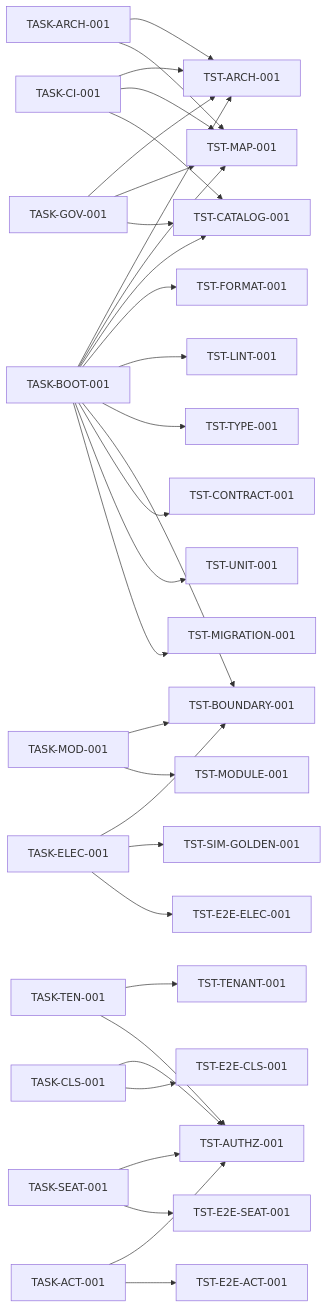
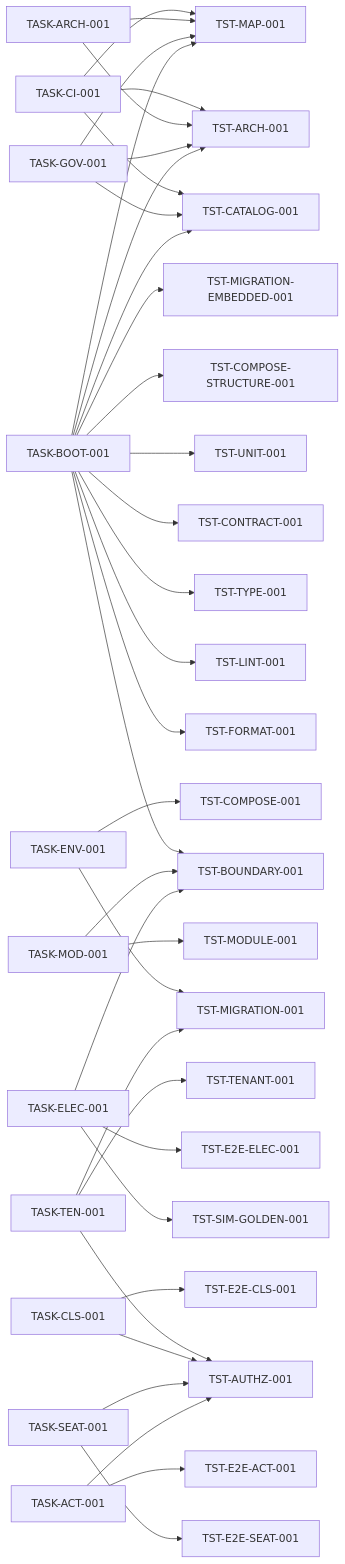
The third of 3 diagrams in docs/project-map/QUALITY_MAP.md (spikeal8-maker/asa-lab), drawn with Mermaid before and after one commit. The commit also changed 6 other files, not shown here.

````diff
--- a/docs/project-map/QUALITY_MAP.md
+++ b/docs/project-map/QUALITY_MAP.md
@@ -61,66 +61,75 @@
 ```mermaid
 flowchart LR
     CI[TASK-CI-001]
     ARCH[TASK-ARCH-001]
     GOV[TASK-GOV-001]
     BOOT[TASK-BOOT-001]
+    ENV[TASK-ENV-001]
     TEN[TASK-TEN-001]
     CLS[TASK-CLS-001]
     SEAT[TASK-SEAT-001]
     MOD[TASK-MOD-001]
     ACT[TASK-ACT-001]
     ELEC[TASK-ELEC-001]
 
     A1[TST-ARCH-001]
     M1[TST-MAP-001]
     C1[TST-CATALOG-001]
     F1[TST-FORMAT-001]
     L1[TST-LINT-001]
     TY1[TST-TYPE-001]
     B1[TST-BOUNDARY-001]
     CT1[TST-CONTRACT-001]
     U1[TST-UNIT-001]
+    CS1[TST-COMPOSE-STRUCTURE-001]
+    ME1[TST-MIGRATION-EMBEDDED-001]
+    CO1[TST-COMPOSE-001]
     DB1[TST-MIGRATION-001]
     T1[TST-TENANT-001]
     AZ1[TST-AUTHZ-001]
     EC1[TST-E2E-CLS-001]
     ES1[TST-E2E-SEAT-001]
     MO1[TST-MODULE-001]
     EA1[TST-E2E-ACT-001]
     SG1[TST-SIM-GOLDEN-001]
     EE1[TST-E2E-ELEC-001]
 
     CI --> A1
     CI --> M1
     CI --> C1
     ARCH --> A1
     ARCH --> M1
     GOV --> A1
     GOV --> M1
     GOV --> C1
 
     BOOT --> A1
     BOOT --> M1
     BOOT --> C1
     BOOT --> F1
     BOOT --> L1
     BOOT --> TY1
     BOOT --> B1
     BOOT --> CT1
     BOOT --> U1
-    BOOT --> DB1
+    BOOT --> CS1
+    BOOT --> ME1
+
+    ENV --> CO1
+    ENV --> DB1
 
     TEN --> T1
+    TEN --> DB1
     TEN --> AZ1
     CLS --> AZ1
     CLS --> EC1
     SEAT --> AZ1
     SEAT --> ES1
     MOD --> B1
     MOD --> MO1
     ACT --> AZ1
     ACT --> EA1
     ELEC --> B1
     ELEC --> SG1
     ELEC --> EE1
 ```
````
